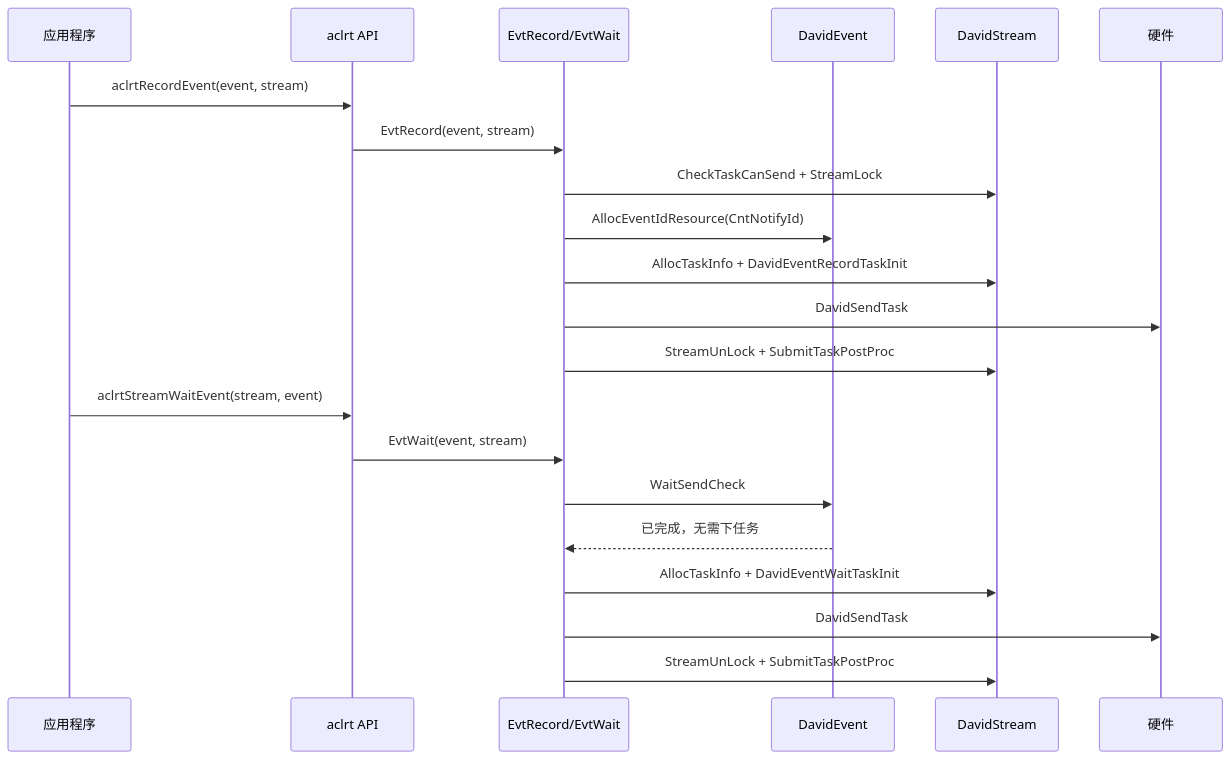
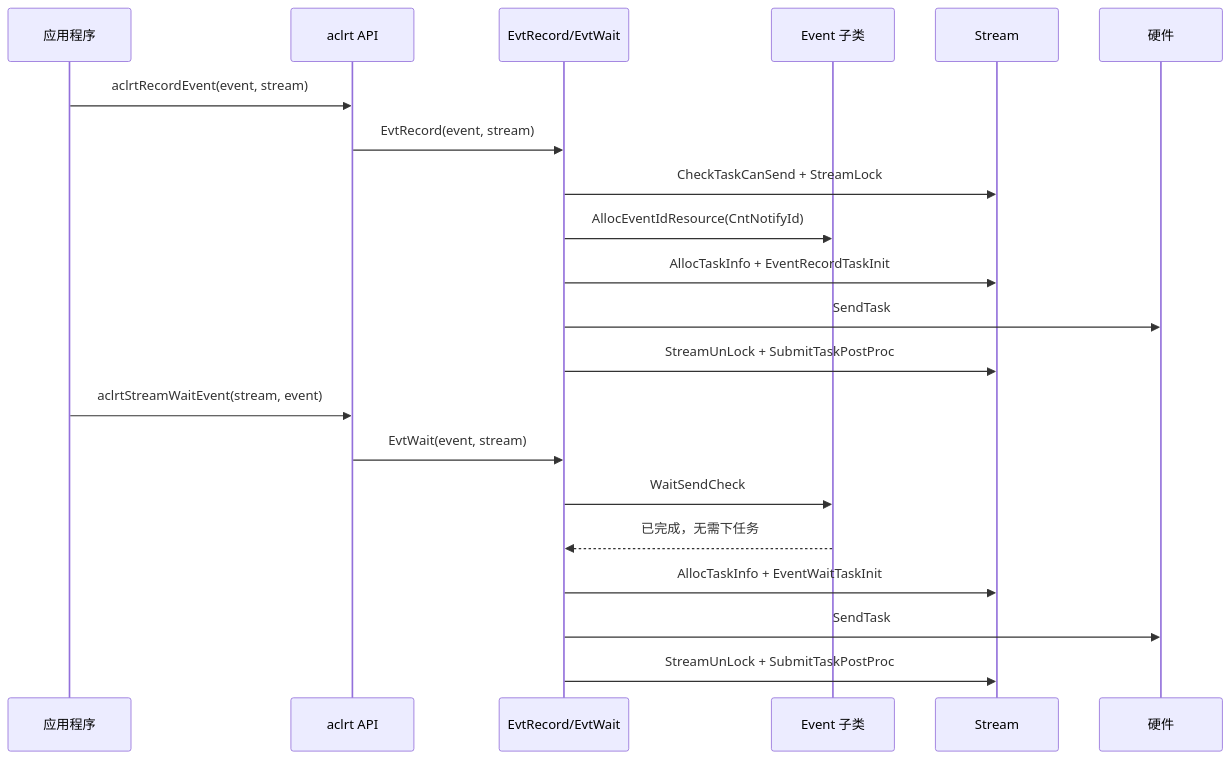
The second of 10 diagrams in docs/design/modules/event/event.md (18liumin/runtime), drawn with Mermaid before and after one commit. The commit also changed other lines of this file, not shown here.

First line of the commit message:
docs/design/event: 处理检视意见修改8条

````diff
--- a/docs/design/modules/event/event.md
+++ b/docs/design/modules/event/event.md
@@ -168,25 +166,25 @@
 ```mermaid
 sequenceDiagram
     participant App as 应用程序
     participant API as aclrt API
-    participant EvtC as EvtRecord/EvtWait
-    participant DavidEvt as DavidEvent
-    participant Stream as DavidStream
+    participant EvtEntry as EvtRecord/EvtWait
+    participant EventSub as Event 子类
+    participant Stream as Stream
     participant HW as 硬件
 
     App->>API: aclrtRecordEvent(event, stream)
-    API->>EvtC: EvtRecord(event, stream)
-    EvtC->>Stream: CheckTaskCanSend + StreamLock
-    EvtC->>DavidEvt: AllocEventIdResource(CntNotifyId)
-    EvtC->>Stream: AllocTaskInfo + DavidEventRecordTaskInit
-    EvtC->>HW: DavidSendTask
-    EvtC->>Stream: StreamUnLock + SubmitTaskPostProc
+    API->>EvtEntry: EvtRecord(event, stream)
+    EvtEntry->>Stream: CheckTaskCanSend + StreamLock
+    EvtEntry->>EventSub: AllocEventIdResource(CntNotifyId)
+    EvtEntry->>Stream: AllocTaskInfo + EventRecordTaskInit
+    EvtEntry->>HW: SendTask
+    EvtEntry->>Stream: StreamUnLock + SubmitTaskPostProc
 
     App->>API: aclrtStreamWaitEvent(stream, event)
-    API->>EvtC: EvtWait(event, stream)
-    EvtC->>DavidEvt: WaitSendCheck
-    DavidEvt-->>EvtC: 已完成，无需下任务
-    EvtC->>Stream: AllocTaskInfo + DavidEventWaitTaskInit
-    EvtC->>HW: DavidSendTask
-    EvtC->>Stream: StreamUnLock + SubmitTaskPostProc
+    API->>EvtEntry: EvtWait(event, stream)
+    EvtEntry->>EventSub: WaitSendCheck
+    EventSub-->>EvtEntry: 已完成，无需下任务
+    EvtEntry->>Stream: AllocTaskInfo + EventWaitTaskInit
+    EvtEntry->>HW: SendTask
+    EvtEntry->>Stream: StreamUnLock + SubmitTaskPostProc
 ```
````
